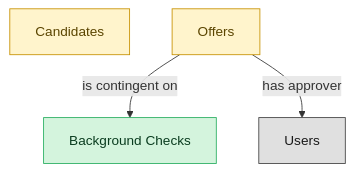
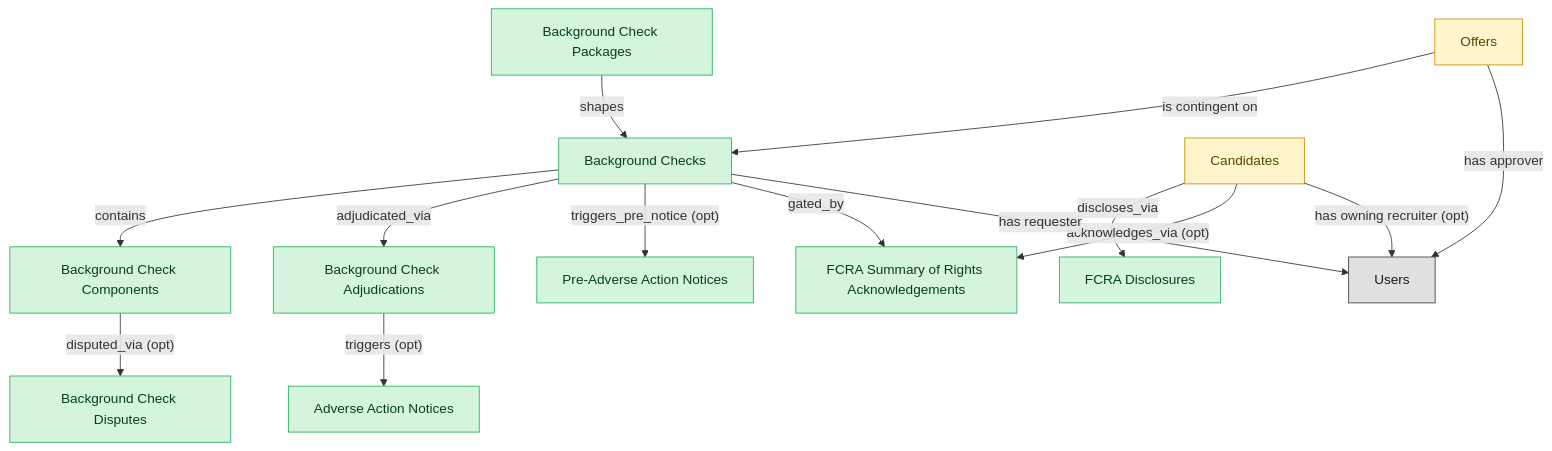
Before and after one commit to IntranetFactory/domain-map: the diagram in catalog/blueprints/ats-background-checks-semantic-blueprint.md, drawn with Mermaid. The commit also changed other lines of this file and 170 other files, not shown here.

````diff
--- a/catalog/blueprints/ats-background-checks-semantic-blueprint.md
+++ b/catalog/blueprints/ats-background-checks-semantic-blueprint.md
@@ -28,16 +38,43 @@
 ```mermaid
 flowchart TD
   classDef master fill:#d4f4dd,stroke:#27ae60,color:#0b3d20;
   classDef embedded_master fill:#fff4cc,stroke:#c79100,color:#5b4500;
   classDef platform_builtin fill:#e0e0e0,stroke:#424242,color:#1a1a1a;
   background_checks["Background Checks"]
   candidates["Candidates"]
   job_offers["Offers"]
+  background_check_packages["Background Check Packages"]
+  background_check_components["Background Check Components"]
+  fcra_disclosures["FCRA Disclosures"]
+  background_check_adjudications["Background Check Adjudications"]
+  adverse_action_notices["Adverse Action Notices"]
+  background_check_disputes["Background Check Disputes"]
+  pre_adverse_action_notices["Pre-Adverse Action Notices"]
+  fcra_summary_of_rights_acknowledgements["FCRA Summary of Rights Acknowledgements"]
   users["Users"]
+  background_checks -->|"contains"| background_check_components
+  background_check_packages -->|"shapes"| background_checks
+  candidates -->|"discloses_via"| fcra_disclosures
+  background_checks -->|"adjudicated_via"| background_check_adjudications
+  background_check_adjudications -->|"triggers (opt)"| adverse_action_notices
+  background_check_components -->|"disputed_via (opt)"| background_check_disputes
+  candidates -->|"acknowledges_via (opt)"| fcra_summary_of_rights_acknowledgements
+  background_checks -->|"triggers_pre_notice (opt)"| pre_adverse_action_notices
+  background_checks -->|"gated_by"| fcra_summary_of_rights_acknowledgements
   job_offers -->|"is contingent on"| background_checks
+  candidates -->|"has owning recruiter (opt)"| users
+  background_checks -->|"has requester"| users
   job_offers -->|"has approver"| users
   class background_checks master;
   class candidates embedded_master;
   class job_offers embedded_master;
+  class background_check_packages master;
+  class background_check_components master;
+  class fcra_disclosures master;
+  class background_check_adjudications master;
+  class adverse_action_notices master;
+  class background_check_disputes master;
+  class pre_adverse_action_notices master;
+  class fcra_summary_of_rights_acknowledgements master;
   class users platform_builtin;
 ```
````
